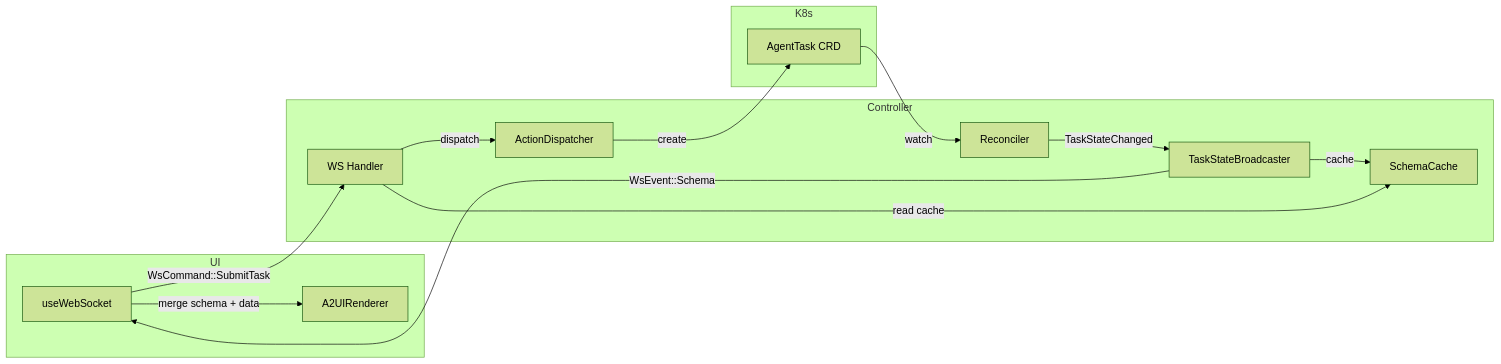
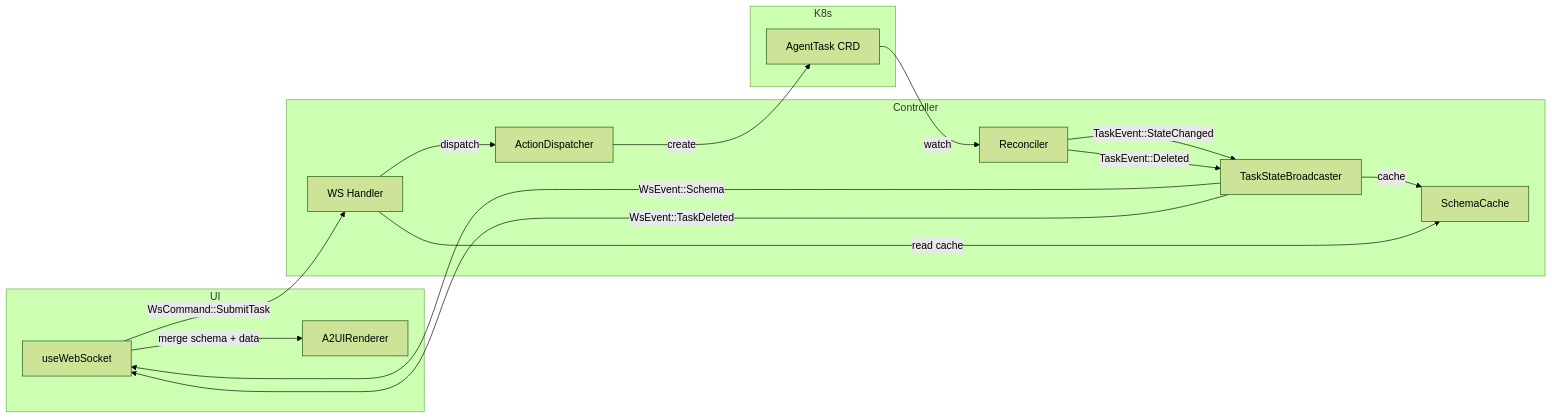
Before and after one commit to dshcherbatiuk/forgemaster: the second of 2 diagrams in docs/arch/15-ws-protocol.md, drawn with Mermaid (forest theme). The commit also changed other lines of this file and 11 other files, not shown here.

````diff
--- a/docs/arch/15-ws-protocol.md
+++ b/docs/arch/15-ws-protocol.md
@@ -169,29 +187,31 @@
 ```mermaid
 flowchart LR
     subgraph UI
         A2UI[A2UIRenderer]
         WS[useWebSocket]
     end
 
     subgraph Controller
         Handler[WS Handler]
         Dispatcher[ActionDispatcher]
         Broadcaster[TaskStateBroadcaster]
         Cache[SchemaCache]
         Reconciler[Reconciler]
     end
 
     subgraph K8s
         CRD[AgentTask CRD]
     end
 
     WS -->|WsCommand::SubmitTask| Handler
     Handler -->|dispatch| Dispatcher
     Dispatcher -->|create| CRD
     CRD -->|watch| Reconciler
-    Reconciler -->|TaskStateChanged| Broadcaster
+    Reconciler -->|TaskEvent::StateChanged| Broadcaster
+    Reconciler -->|TaskEvent::Deleted| Broadcaster
     Broadcaster -->|WsEvent::Schema| WS
+    Broadcaster -->|WsEvent::TaskDeleted| WS
     Broadcaster -->|cache| Cache
     Handler -->|read cache| Cache
     WS -->|merge schema + data| A2UI
 ```
````
